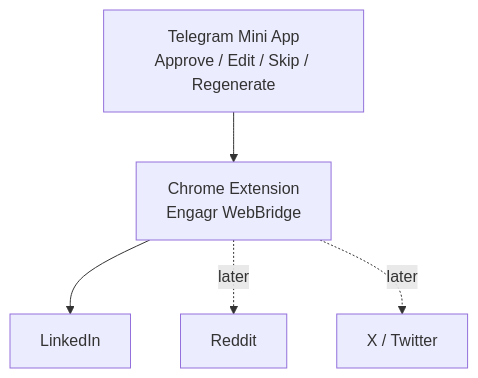
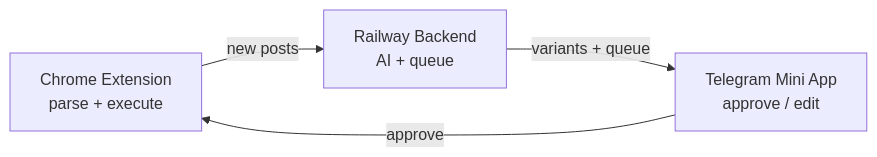
Before and after one commit to Leks2000/Engagr: the diagram in README.md, drawn with Mermaid. The commit also changed other lines of this file and 6 other files, not shown here.

Commit message:
change roadmap

````diff
--- a/README.md
+++ b/README.md
@@ -158,9 +13,9 @@
 ```mermaid
-flowchart TD
-    TMA[Telegram Mini App
-Approve / Edit / Skip / Regenerate] --> EXT[Chrome Extension
-Engagr WebBridge]
-    EXT --> LI[LinkedIn]
-    EXT -. later .-> RD[Reddit]
-    EXT -. later .-> X[X / Twitter]
+flowchart LR
+    EXT[Chrome Extension<br/>parse + execute]
+    API[Railway Backend<br/>AI + queue]
+    TG[Telegram Mini App<br/>approve / edit]
+    EXT -->|new posts| API
+    API -->|variants + queue| TG
+    TG -->|approve| EXT
 ```
````
